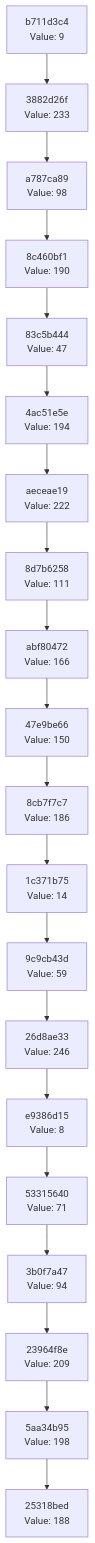
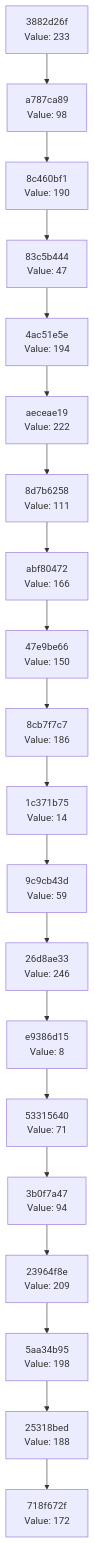
The diagram in docs/CHAIN_VISUALIZATION.md (Abhisheksinha1506/hash-chain-evolver), drawn with Mermaid before and after one commit. The commit also changed 2 other files, not shown here.

Commit message:
Evolution Step

````diff
--- a/docs/CHAIN_VISUALIZATION.md
+++ b/docs/CHAIN_VISUALIZATION.md
@@ -3,42 +3,42 @@
 ```mermaid
 graph TD
-    C0["25318bed<br/>Value: 188"]
-    C1["5aa34b95<br/>Value: 198"]
+    C0["718f672f<br/>Value: 172"]
+    C1["25318bed<br/>Value: 188"]
     C1 --> C0
-    C2["23964f8e<br/>Value: 209"]
+    C2["5aa34b95<br/>Value: 198"]
     C2 --> C1
-    C3["3b0f7a47<br/>Value: 94"]
+    C3["23964f8e<br/>Value: 209"]
     C3 --> C2
-    C4["53315640<br/>Value: 71"]
+    C4["3b0f7a47<br/>Value: 94"]
     C4 --> C3
-    C5["e9386d15<br/>Value: 8"]
+    C5["53315640<br/>Value: 71"]
     C5 --> C4
-    C6["26d8ae33<br/>Value: 246"]
+    C6["e9386d15<br/>Value: 8"]
     C6 --> C5
-    C7["9c9cb43d<br/>Value: 59"]
+    C7["26d8ae33<br/>Value: 246"]
     C7 --> C6
-    C8["1c371b75<br/>Value: 14"]
+    C8["9c9cb43d<br/>Value: 59"]
     C8 --> C7
-    C9["8cb7f7c7<br/>Value: 186"]
+    C9["1c371b75<br/>Value: 14"]
     C9 --> C8
-    C10["47e9be66<br/>Value: 150"]
+    C10["8cb7f7c7<br/>Value: 186"]
     C10 --> C9
-    C11["abf80472<br/>Value: 166"]
+    C11["47e9be66<br/>Value: 150"]
     C11 --> C10
-    C12["8d7b6258<br/>Value: 111"]
+    C12["abf80472<br/>Value: 166"]
     C12 --> C11
-    C13["aeceae19<br/>Value: 222"]
+    C13["8d7b6258<br/>Value: 111"]
     C13 --> C12
-    C14["4ac51e5e<br/>Value: 194"]
+    C14["aeceae19<br/>Value: 222"]
     C14 --> C13
-    C15["83c5b444<br/>Value: 47"]
+    C15["4ac51e5e<br/>Value: 194"]
     C15 --> C14
-    C16["8c460bf1<br/>Value: 190"]
+    C16["83c5b444<br/>Value: 47"]
     C16 --> C15
-    C17["a787ca89<br/>Value: 98"]
+    C17["8c460bf1<br/>Value: 190"]
     C17 --> C16
-    C18["3882d26f<br/>Value: 233"]
+    C18["a787ca89<br/>Value: 98"]
     C18 --> C17
-    C19["b711d3c4<br/>Value: 9"]
+    C19["3882d26f<br/>Value: 233"]
     C19 --> C18
 ```
````
